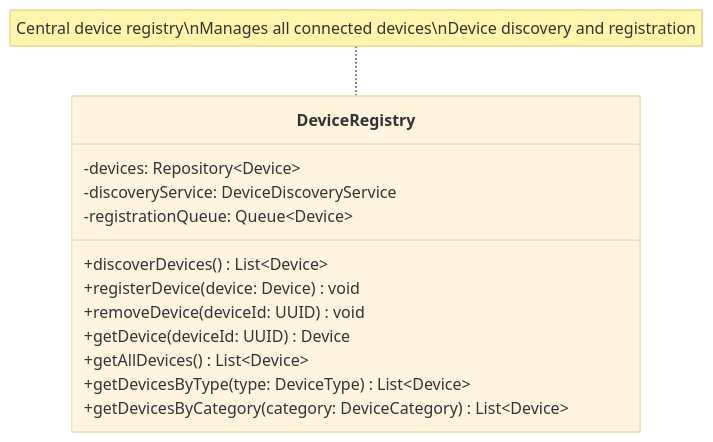
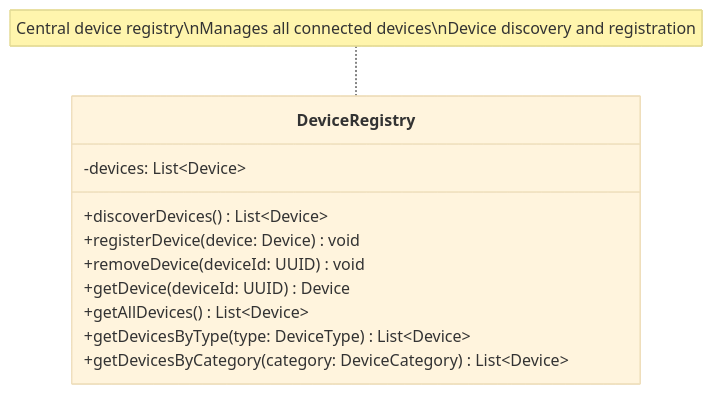
Before and after one commit to mj010101/swe_25f: the eighth of 13 diagrams in diagrams/business_class_diagram.md, drawn with Mermaid (base theme). The commit also changed other lines of this file and 4 other files, not shown here.

````diff
--- a/diagrams/business_class_diagram.md
+++ b/diagrams/business_class_diagram.md
@@ -291,19 +264,17 @@
 ```mermaid
 classDiagram
     direction TB
 
     class DeviceRegistry {
-        -devices: Repository~Device~
-        -discoveryService: DeviceDiscoveryService
-        -registrationQueue: Queue~Device~
+        -devices: List~Device~
         +discoverDevices() List~Device~
         +registerDevice(device: Device) void
         +removeDevice(deviceId: UUID) void
         +getDevice(deviceId: UUID) Device
         +getAllDevices() List~Device~
         +getDevicesByType(type: DeviceType) List~Device~
         +getDevicesByCategory(category: DeviceCategory) List~Device~
     }
 
     note for DeviceRegistry "Central device registry\nManages all connected devices\nDevice discovery and registration"
 ```
````
